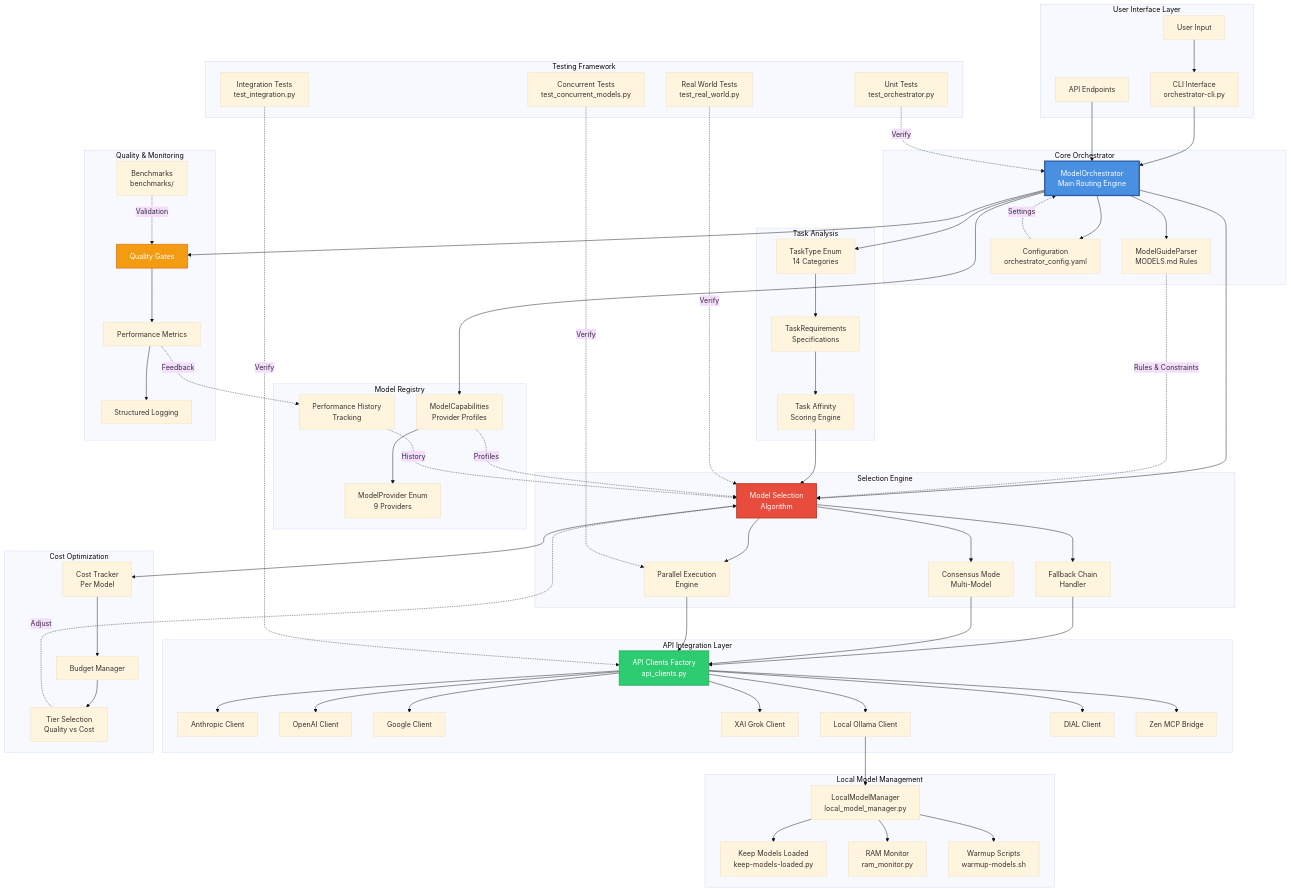
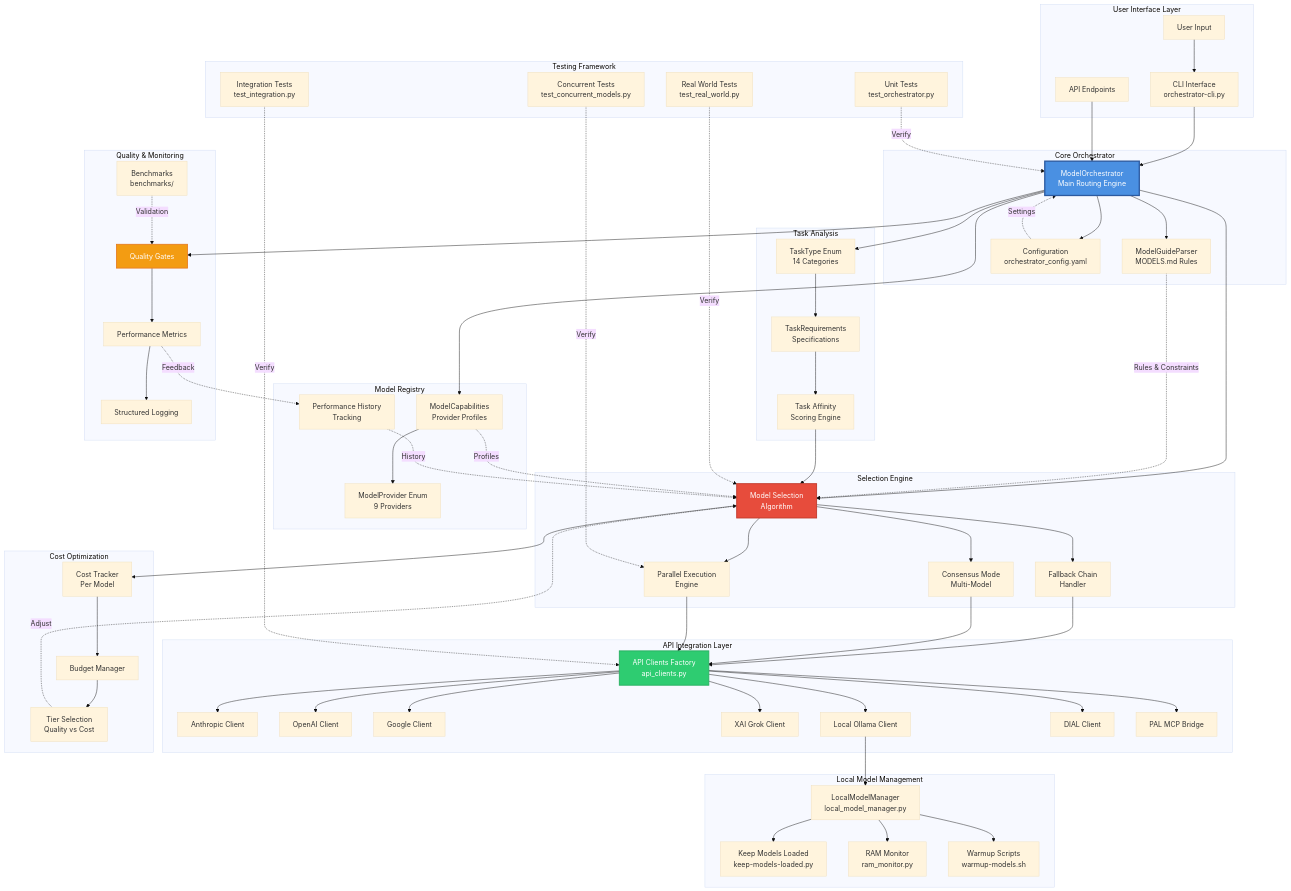
One commit to klappe-pm/_lattice_lock_framework changed the first of 3 diagrams in docs/architecture/model_orchestrator_architecture.md. Above: the diagram before and after it, drawn with Mermaid (base theme). The commit also changed 8 other files, not shown here.

```diff
--- a/docs/architecture/model_orchestrator_architecture.md
+++ b/docs/architecture/model_orchestrator_architecture.md
@@ -62,7 +62,7 @@
         XAI[XAI Grok Client]
         LOCAL[Local Ollama Client]
         DIAL[DIAL Client]
-        ZEN[Zen MCP Bridge]
+        PAL[PAL MCP Bridge]
     end
     subgraph "Local Model Management"
         LOCAL_MGR[LocalModelManager<br/>local_model_manager.py]
@@ -122,7 +122,7 @@
     API_CLIENTS --> XAI
     API_CLIENTS --> LOCAL
     API_CLIENTS --> DIAL
-    API_CLIENTS --> ZEN
+    API_CLIENTS --> PAL
     LOCAL --> LOCAL_MGR
     LOCAL_MGR --> KEEP_ALIVE
     LOCAL_MGR --> RAM_MON
```
